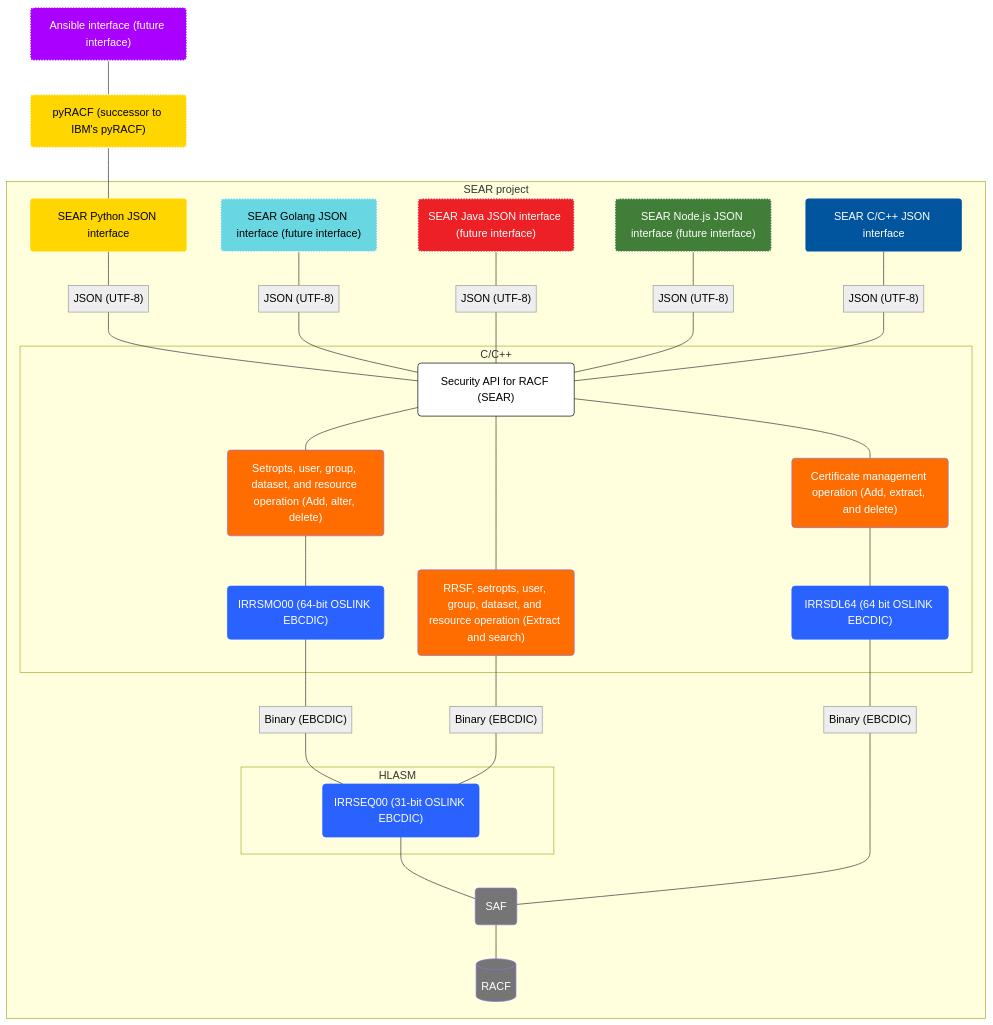
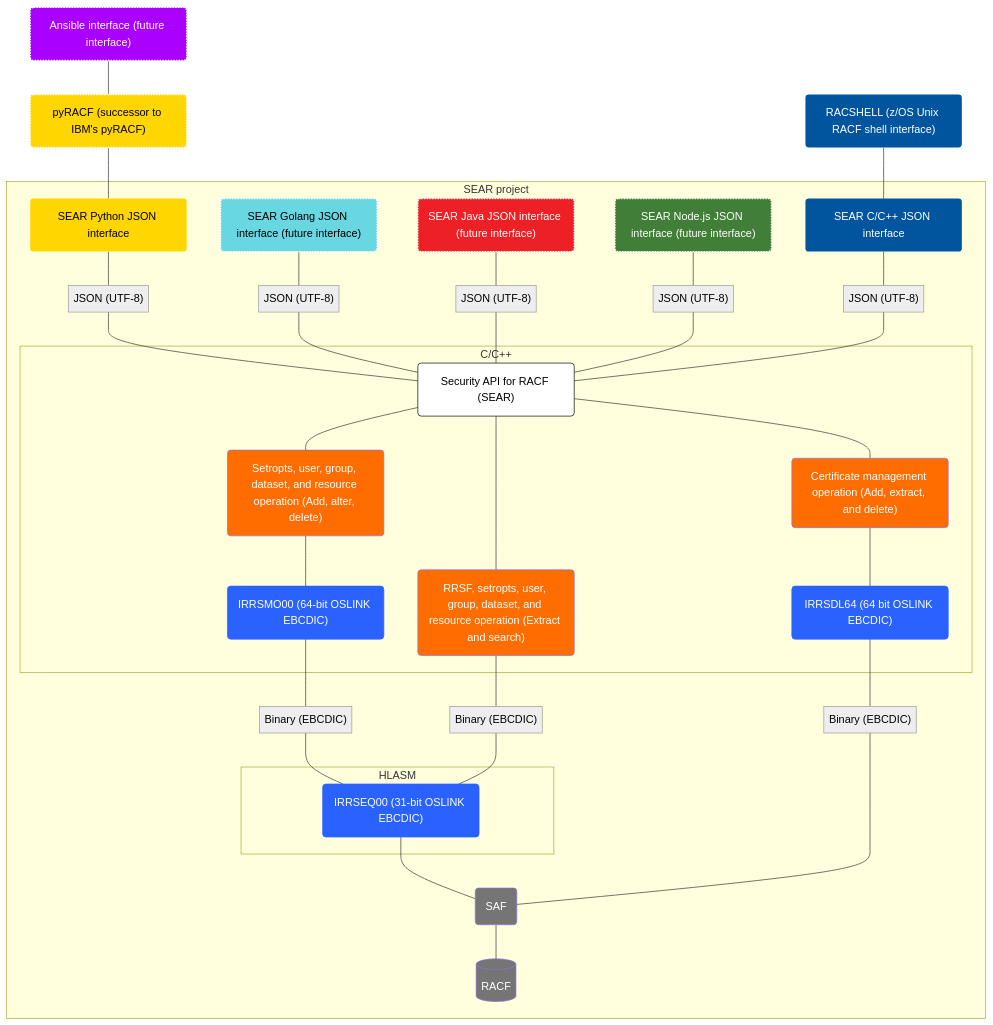
The diagram in index.md (Mainframe-Renewal-Project/sear-docs), drawn with Mermaid before and after one commit.

Commit message:
Added RACSHELL to flowchart

```diff
--- a/index.md
+++ b/index.md
@@ -124,7 +124,7 @@
         n21@{ label: "<span style=\"padding-left:\">JSON (UTF-8)</span>" }
         n20["SEAR C/C++ JSON interface"]
   end
-    n23["pyRACF (successor to IBM's pyRACF)"] --- A
+    n23@{ label: "pyRACF (successor to IBM's pyRACF)" } --- A
     n24["Ansible interface (future interface)"] --- n23
     A --- n3
     n3 --- n1
@@ -147,6 +147,7 @@
     n19 --- n10
     n20 --- n21
     n21 --- n1
+    n25["RACSHELL (z/OS Unix RACF shell interface)"] --- n20
 
     n1@{ shape: rounded}
     n2@{ shape: rounded}
@@ -172,6 +173,7 @@
     n20@{ shape: rounded}
     n23@{ shape: rounded}
     n24@{ shape: rounded}
+    n25@{ shape: rounded}
      n1:::Class_08
      n2:::Class_06
      n5:::Class_07
@@ -212,6 +214,11 @@
      n20:::Class_01
      n20:::Class_01
      n20:::Class_09
+     n25:::Pine
+     n25:::Class_01
+     n25:::Class_01
+     n25:::Class_01
+     n25:::Class_09
     classDef Pine stroke-width:1px, stroke-dasharray:none, stroke:#254336, fill:#27654A, color:#FFFFFF
     classDef Class_02 fill:#68d7e2, color:#000000
     classDef Class_03 fill:#ec2025, color:#FFFFFF, stroke:#000000
@@ -230,5 +237,6 @@
     style n20 stroke:none
     style n23 fill:#FFD600,stroke-width:2px,stroke-dasharray: 2,color:#000000,stroke:#FFFFFF
     style n24 fill:#AA00FF,color:#FFFFFF,stroke-width:2px,stroke-dasharray: 2,stroke:#FFFFFF
+    style n25 stroke:none
 
 </pre>
```
